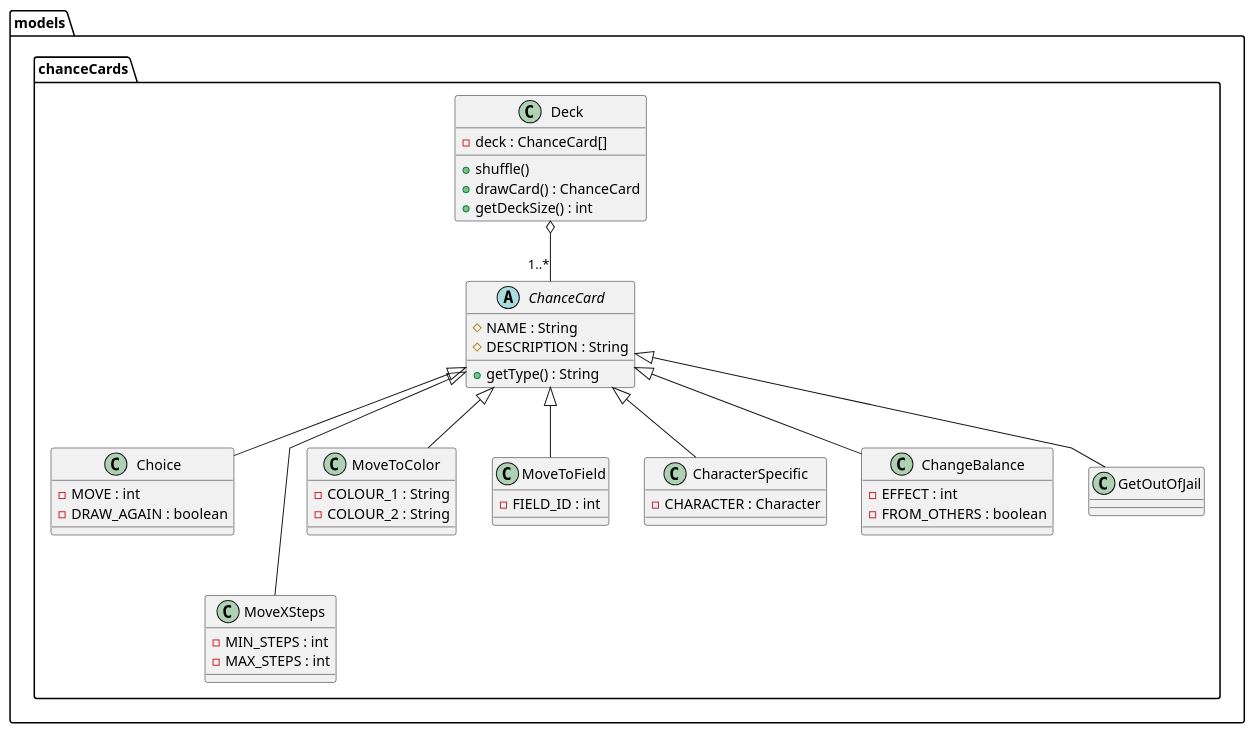
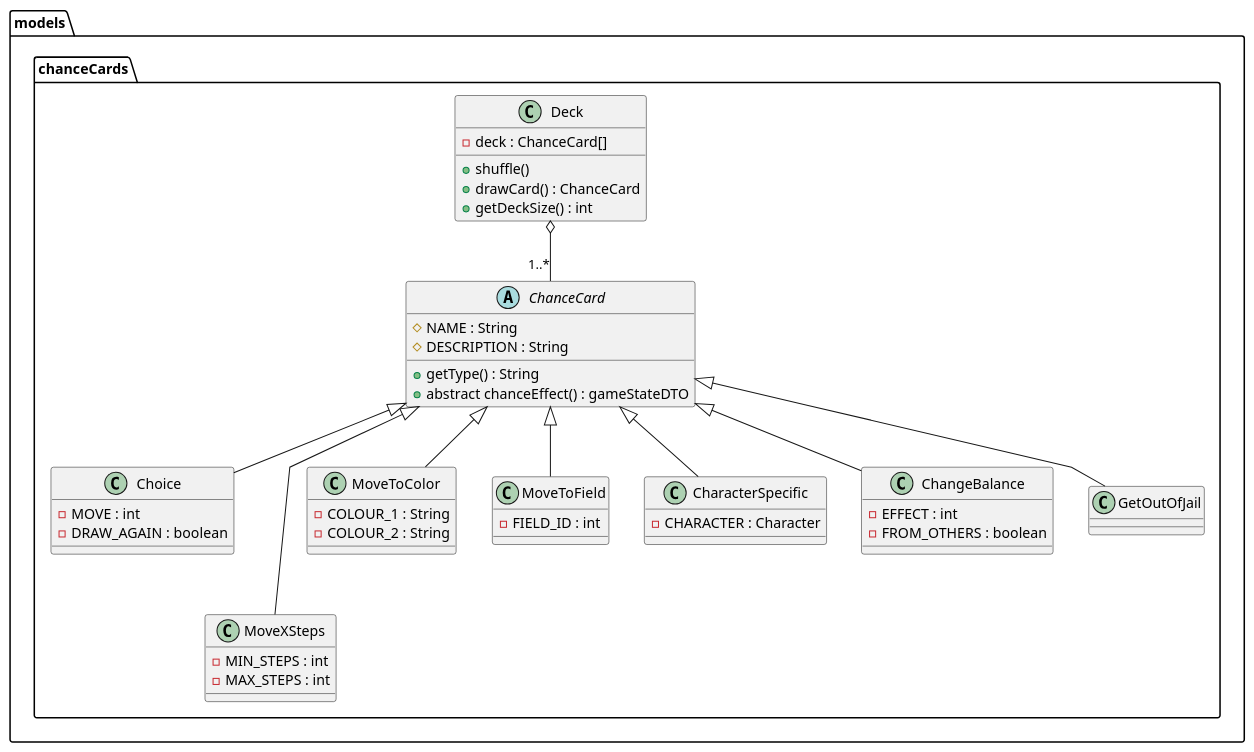
The diagram in src/main/resources/Diagrams/ChanceCardPackage.puml (Gruppe-10-DTU/CDIO-FINAL), drawn with PlantUML before and after one commit.

Commit message:
Updated the chanceCard diagram

```diff
--- a/src/main/resources/Diagrams/ChanceCardPackage.puml
+++ b/src/main/resources/Diagrams/ChanceCardPackage.puml
@@ -1,61 +1,62 @@
 @startuml
 'https://plantuml.com/class-diagram
 skinparam linetype polyline
 
 
 package models.chanceCards{
 class Deck{
  - deck : ChanceCard[]
  + shuffle()
  + drawCard() : ChanceCard
  + getDeckSize() : int
 }
 
 abstract ChanceCard{
  # NAME : String
  # DESCRIPTION : String
  + getType() : String
+ + abstract chanceEffect() : gameStateDTO
 }
 
 class Choice {
  - MOVE : int
  - DRAW_AGAIN : boolean
 }
 
 class MoveXSteps {
  - MIN_STEPS : int
  - MAX_STEPS : int
 }
 class MoveToColor {
  - COLOUR_1 : String
  - COLOUR_2 : String
 }
 
 class MoveToField {
  - FIELD_ID : int
 }
 
 class CharacterSpecific {
  - CHARACTER : Character
 }
 
 class ChangeBalance {
  - EFFECT : int
  - FROM_OTHERS : boolean
 }
 
 class GetOutOfJail {
 }
 }
 
 Deck o-- "1..*"ChanceCard
 
 ChanceCard <|-- Choice
 ChanceCard <|--- MoveXSteps
 ChanceCard <|-- MoveToColor
 ChanceCard <|-- MoveToField
 ChanceCard <|-- CharacterSpecific
 ChanceCard <|-- ChangeBalance
 ChanceCard <|-- GetOutOfJail
 
 @enduml
```
